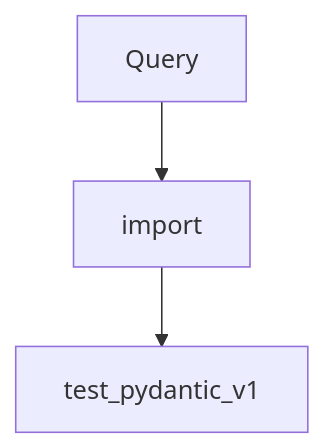
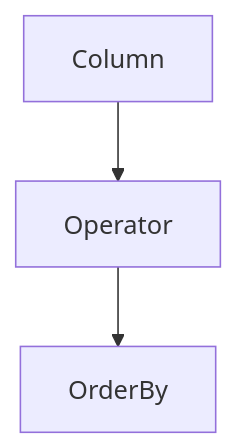
Before and after one commit to johnxie/awesome-code-docs: the diagram in tutorials/openai-python-sdk-tutorial/03-embeddings-search.md, drawn with Mermaid. The commit also changed other lines of this file and 1232 other files, not shown here.

````diff
--- a/tutorials/openai-python-sdk-tutorial/03-embeddings-search.md
+++ b/tutorials/openai-python-sdk-tutorial/03-embeddings-search.md
@@ -162,8 +186,8 @@
 ```mermaid
 flowchart TD
-    A[Query]
-    B[import]
-    C[test_pydantic_v1]
+    A[Column]
+    B[Operator]
+    C[OrderBy]
     A --> B
     B --> C
 ```
````
